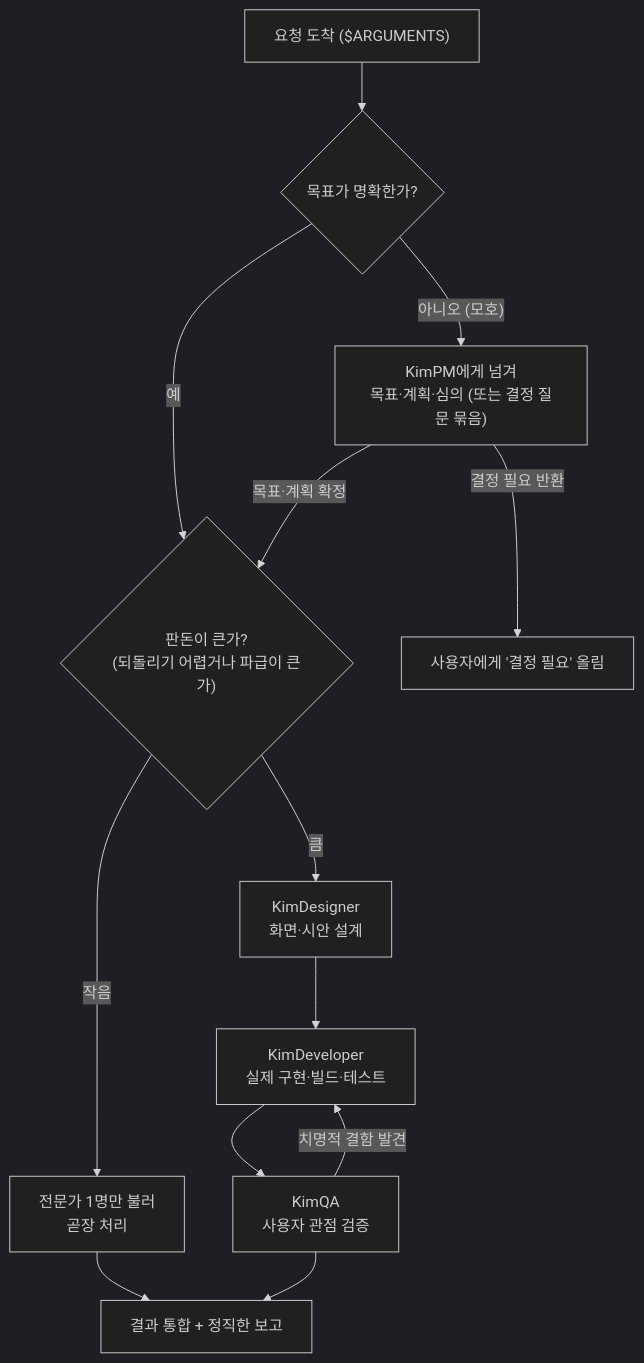
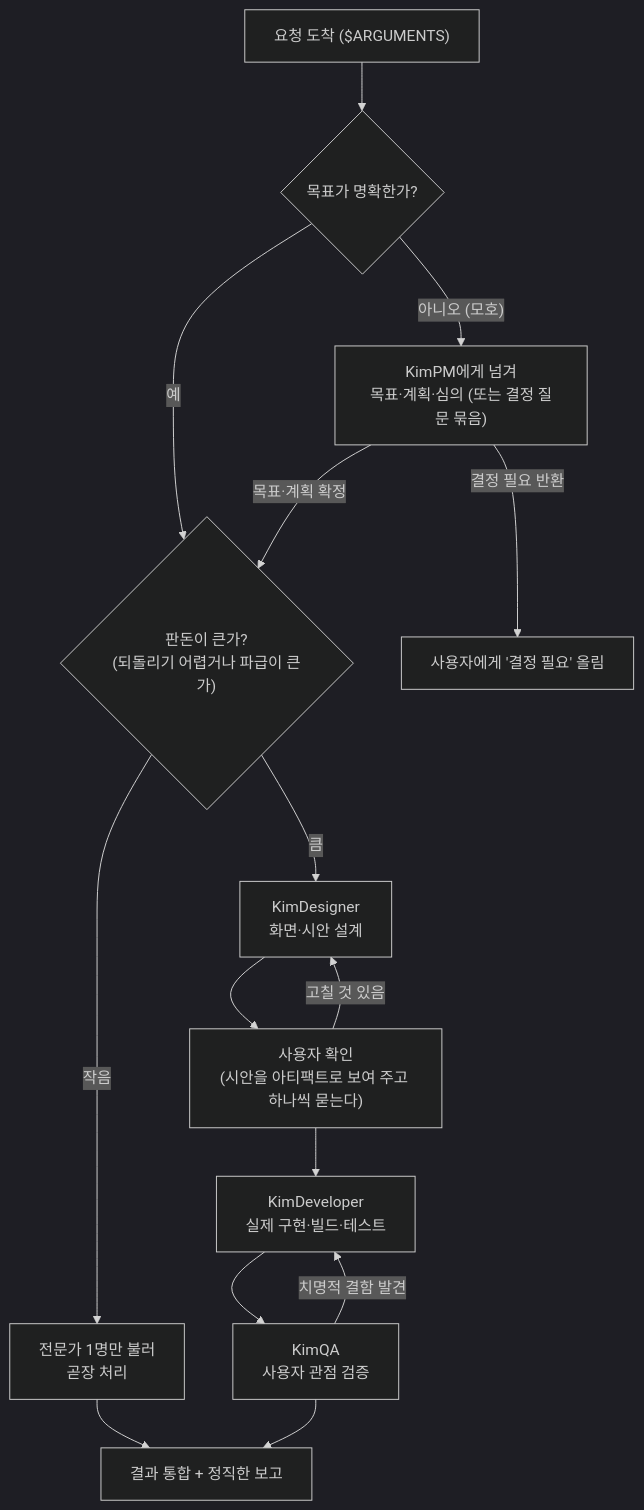
Before and after one commit to GeonwooKim-fitogether/QA-Automation-Test-Room: the diagram in .claude/commands/orchestrate.md, drawn with Mermaid (dark theme). The commit also changed other lines of this file and 26 other files, not shown here.

````diff
--- a/.claude/commands/orchestrate.md
+++ b/.claude/commands/orchestrate.md
@@ -138,22 +141,24 @@
 ```mermaid
 flowchart TD
     A["요청 도착 ($ARGUMENTS)"]
     B{"목표가 명확한가?"}
     C["KimPM에게 넘겨<br/>목표·계획·심의 (또는 결정 질문 묶음)"]
     D{"판돈이 큰가?<br/>(되돌리기 어렵거나 파급이 큰가)"}
     E["전문가 1명만 불러<br/>곧장 처리"]
     F["KimDesigner<br/>화면·시안 설계"]
+    K["사용자 확인<br/>(시안을 아티팩트로 보여 주고 하나씩 묻는다)"]
     G["KimDeveloper<br/>실제 구현·빌드·테스트"]
     H["KimQA<br/>사용자 관점 검증"]
     I["결과 통합 + 정직한 보고"]
     J["사용자에게 '결정 필요' 올림"]
 
     A --> B
     B -->|"아니오 (모호)"| C
     B -->|"예"| D
     C -->|"결정 필요 반환"| J
     C -->|"목표·계획 확정"| D
     D -->|"작음"| E --> I
-    D -->|"큼"| F --> G --> H --> I
+    D -->|"큼"| F --> K --> G --> H --> I
+    K -->|"고칠 것 있음"| F
     H -->|"치명적 결함 발견"| G
 ```
````
